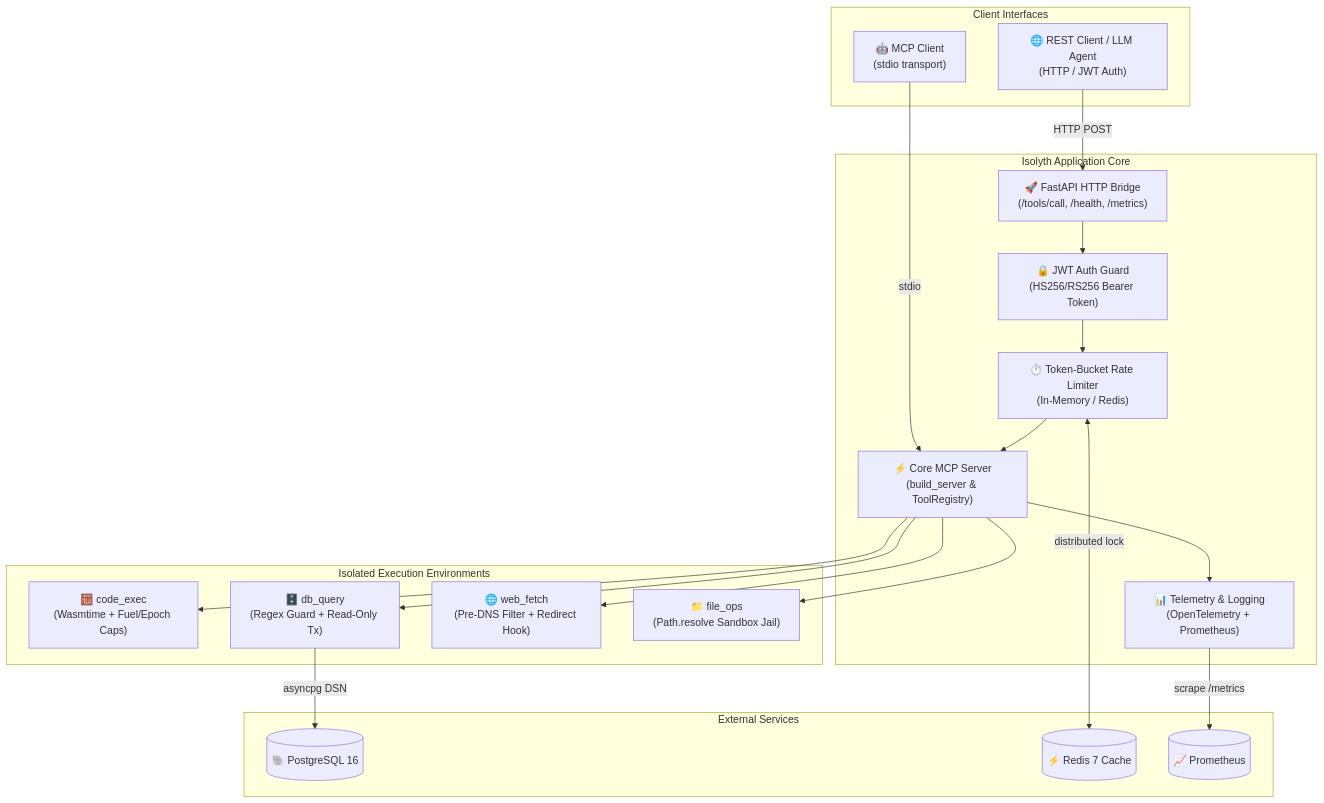
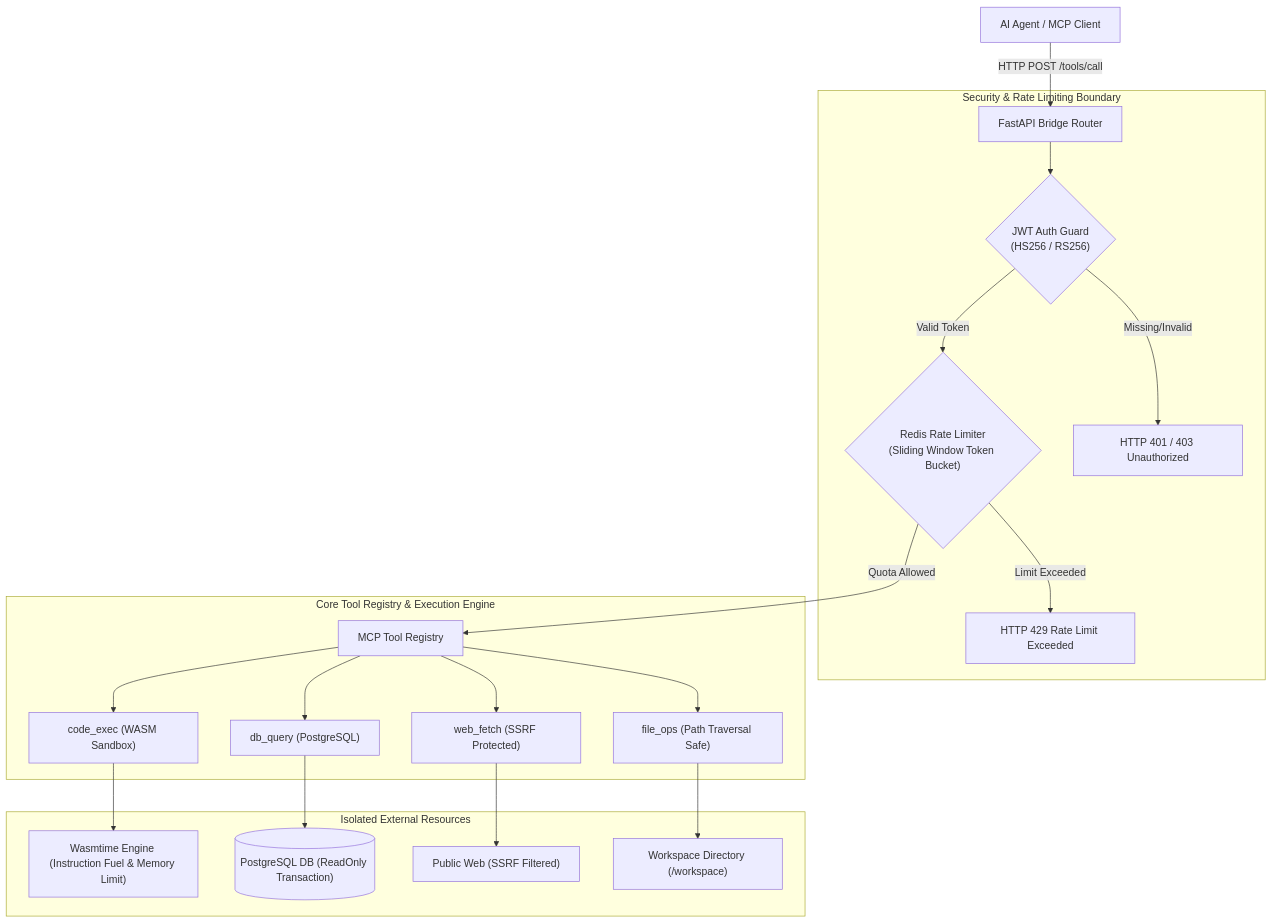
One commit to adarshthakur9240/Isolyth changed the first of 10 diagrams in README.md. Above: the diagram before and after it, drawn with Mermaid. The commit also changed other lines of this file, not shown here.

Commit message:
docs: add elite portfolio-grade README with 10 Mermaid diagrams, architecture, security threat model, and API reference

````diff
--- a/README.md
+++ b/README.md
@@ -51,44 +53,26 @@
 ```mermaid
-flowchart TB
-    subgraph Clients ["Client Interfaces"]
-        MCPClient["🤖 MCP Client\n(stdio transport)"]
-        HTTPClient["🌐 REST Client / LLM Agent\n(HTTP / JWT Auth)"]
+flowchart TD
+    Client["AI Agent / MCP Client"] -->|HTTP POST /tools/call| Router["FastAPI Bridge Router"]
+    
+    subgraph SecurityBoundary["Security & Rate Limiting Boundary"]
+        Router --> AuthGuard{"JWT Auth Guard\n(HS256 / RS256)"}
+        AuthGuard -->|Valid Token| RateLimiter{"Redis Rate Limiter\n(Sliding Window Token Bucket)"}
+        AuthGuard -->|Missing/Invalid| AuthErr["HTTP 401 / 403 Unauthorized"]
+        RateLimiter -->|Limit Exceeded| RateErr["HTTP 429 Rate Limit Exceeded"]
+    end
+    
+    subgraph ExecutionEngine["Core Tool Registry & Execution Engine"]
+        RateLimiter -->|Quota Allowed| Registry["MCP Tool Registry"]
+        Registry --> CodeExec["code_exec (WASM Sandbox)"]
+        Registry --> DbQuery["db_query (PostgreSQL)"]
+        Registry --> WebFetch["web_fetch (SSRF Protected)"]
+        Registry --> FileOps["file_ops (Path Traversal Safe)"]
     end
 
-    subgraph ServerLayer ["Isolyth Application Core"]
-        FastAPI["🚀 FastAPI HTTP Bridge\n(/tools/call, /health, /metrics)"]
-        AuthModule["🔒 JWT Auth Guard\n(HS256/RS256 Bearer Token)"]
-        RateLimiter["⏱️ Token-Bucket Rate Limiter\n(In-Memory / Redis)"]
-        MCPServer["⚡ Core MCP Server\n(build_server & ToolRegistry)"]
-        Telemetry["📊 Telemetry & Logging\n(OpenTelemetry + Prometheus)"]
+    subgraph SandboxedResources["Isolated External Resources"]
+        CodeExec --> WasmEngine["Wasmtime Engine (Instruction Fuel & Memory Limit)"]
+        DbQuery --> ReadOnlyDB[("PostgreSQL DB (ReadOnly Transaction)")]
+        WebFetch --> PublicNet["Public Web (SSRF Filtered)"]
+        FileOps --> WorkspaceDir["Workspace Directory (/workspace)"]
     end
-
-    subgraph ToolSandboxes ["Isolated Execution Environments"]
-        WASMTool["🧮 code_exec\n(Wasmtime + Fuel/Epoch Caps)"]
-        DBTool["🗄️ db_query\n(Regex Guard + Read-Only Tx)"]
-        WebTool["🌐 web_fetch\n(Pre-DNS Filter + Redirect Hook)"]
-        FileTool["📁 file_ops\n(Path.resolve Sandbox Jail)"]
-    end
-
-    subgraph Infrastructure ["External Services"]
-        Postgres[(🐘 PostgreSQL 16)]
-        Redis[(⚡ Redis 7 Cache)]
-        Prometheus[(📈 Prometheus)]
-    end
-
-    MCPClient -->|stdio| MCPServer
-    HTTPClient -->|HTTP POST| FastAPI
-    FastAPI --> AuthModule
-    AuthModule --> RateLimiter
-    RateLimiter --> MCPServer
-
-    MCPServer --> Telemetry
-    MCPServer --> WASMTool
-    MCPServer --> DBTool
-    MCPServer --> WebTool
-    MCPServer --> FileTool
-
-    DBTool -->|asyncpg DSN| Postgres
-    RateLimiter <-->|distributed lock| Redis
-    Telemetry -->|scrape /metrics| Prometheus
 ```
````
